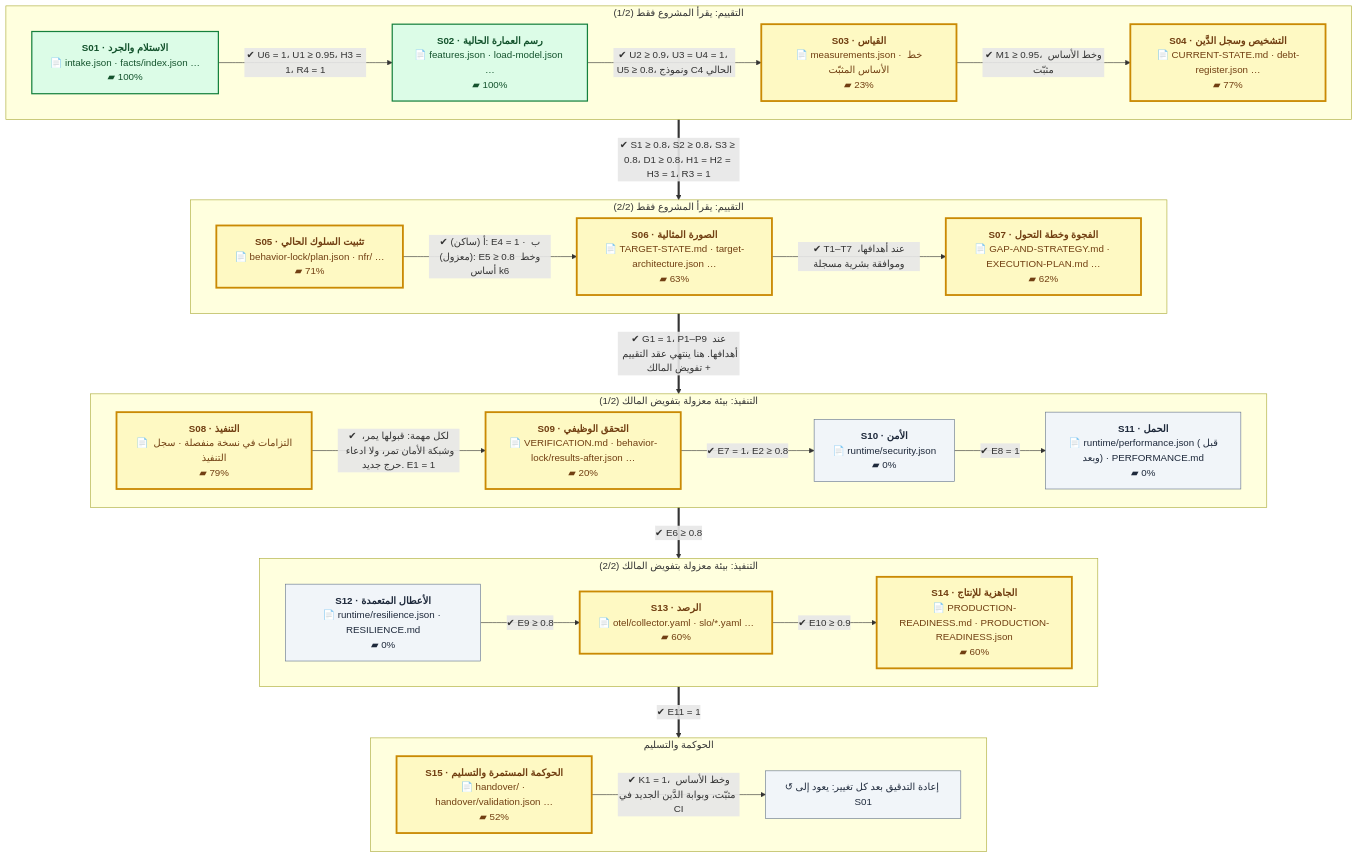
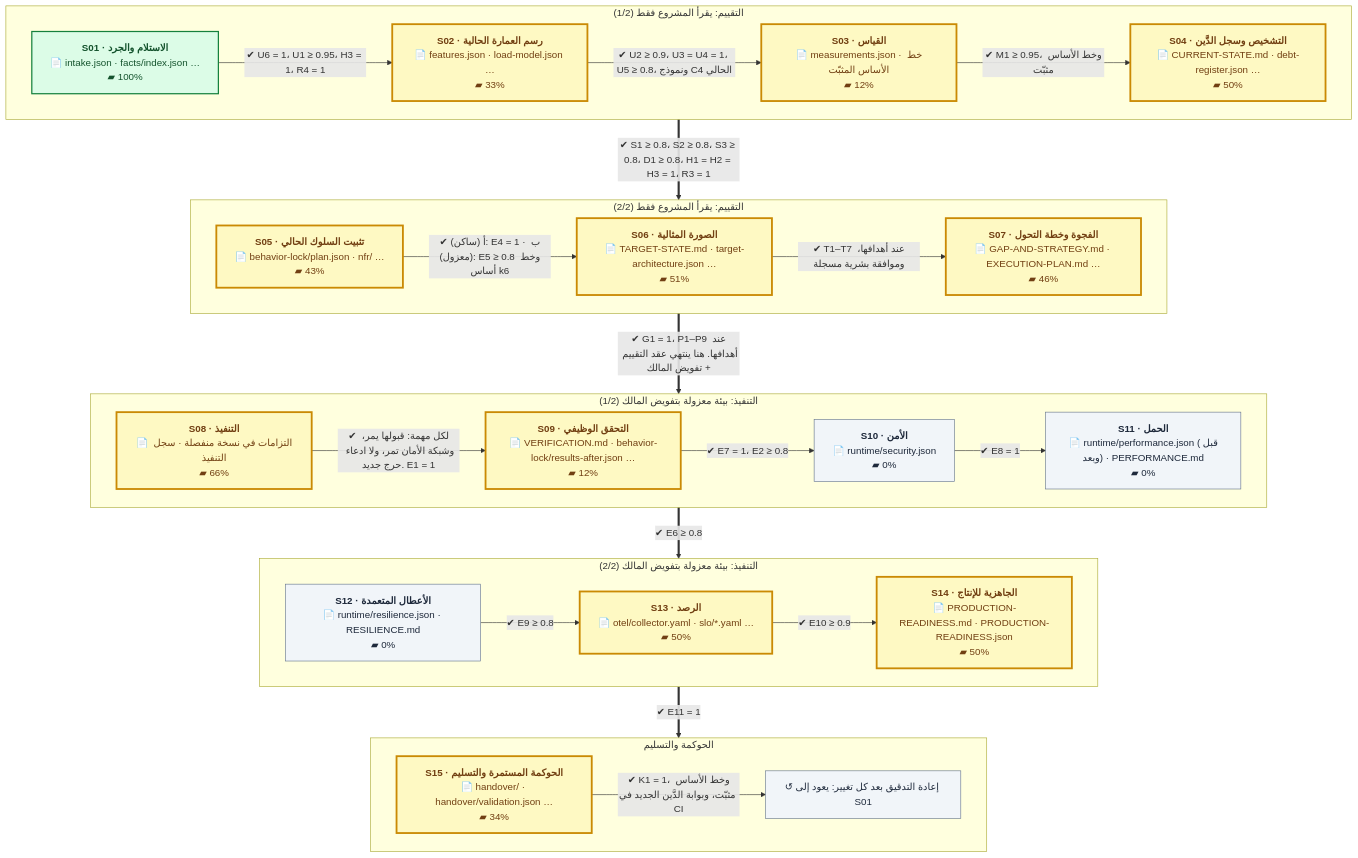
One commit to eom1417/engineering-audit-os changed the first of 2 diagrams in README.md. Above: the diagram before and after it, drawn with Mermaid. The commit also changed other lines of this file and 3 other files, not shown here.

````diff
--- a/README.md
+++ b/README.md
@@ -52,54 +52,54 @@
 ```mermaid
 %%{init: {'flowchart': {'wrappingWidth': 260, 'nodeSpacing': 40, 'rankSpacing': 60}}}%%
 flowchart TB
     subgraph P1["التقييم: يقرأ المشروع فقط (1/2)"]
         direction LR
         S01["<b>S01 · الاستلام والجرد</b><br/>📄 intake.json · facts/index.json …<br/>▰ 100%"]:::done
-        S02["<b>S02 · رسم العمارة الحالية</b><br/>📄 features.json · load-model.json …<br/>▰ 100%"]:::done
-        S03["<b>S03 · القياس</b><br/>📄 measurements.json · خط الأساس المثبّت<br/>▰ 23%"]:::current
-        S04["<b>S04 · التشخيص وسجل الدَّين</b><br/>📄 CURRENT-STATE.md · debt-register.json …<br/>▰ 77%"]:::current
+        S02["<b>S02 · رسم العمارة الحالية</b><br/>📄 features.json · load-model.json …<br/>▰ 33%"]:::current
+        S03["<b>S03 · القياس</b><br/>📄 measurements.json · خط الأساس المثبّت<br/>▰ 12%"]:::current
+        S04["<b>S04 · التشخيص وسجل الدَّين</b><br/>📄 CURRENT-STATE.md · debt-register.json …<br/>▰ 50%"]:::current
         S01 -->|"✔ U6 = 1، U1 ≥ 0.95، H3 = 1، R4 = 1"| S02
         S02 -->|"✔ U2 ≥ 0.9، U3 = U4 = 1، U5 ≥ 0.8، ونموذج C4 الحالي"| S03
         S03 -->|"✔ M1 ≥ 0.95، وخط الأساس مثبّت"| S04
     end
     subgraph P2["التقييم: يقرأ المشروع فقط (2/2)"]
         direction LR
-        S05["<b>S05 · تثبيت السلوك الحالي</b><br/>📄 behavior-lock/plan.json · nfr/ …<br/>▰ 71%"]:::current
-        S06["<b>S06 · الصورة المثالية</b><br/>📄 TARGET-STATE.md · target-architecture.json …<br/>▰ 63%"]:::current
-        S07["<b>S07 · الفجوة وخطة التحول</b><br/>📄 GAP-AND-STRATEGY.md · EXECUTION-PLAN.md …<br/>▰ 62%"]:::current
+        S05["<b>S05 · تثبيت السلوك الحالي</b><br/>📄 behavior-lock/plan.json · nfr/ …<br/>▰ 43%"]:::current
+        S06["<b>S06 · الصورة المثالية</b><br/>📄 TARGET-STATE.md · target-architecture.json …<br/>▰ 51%"]:::current
+        S07["<b>S07 · الفجوة وخطة التحول</b><br/>📄 GAP-AND-STRATEGY.md · EXECUTION-PLAN.md …<br/>▰ 46%"]:::current
         S05 -->|"✔ أ (ساكن): E4 = 1 · ب (معزول): E5 ≥ 0.8 وخط أساس k6"| S06
         S06 -->|"✔ T1–T7 عند أهدافها، وموافقة بشرية مسجلة"| S07
     end
     subgraph P3["التنفيذ: بيئة معزولة بتفويض المالك (1/2)"]
         direction LR
-        S08["<b>S08 · التنفيذ</b><br/>📄 التزامات في نسخة منفصلة · سجل التنفيذ<br/>▰ 79%"]:::current
-        S09["<b>S09 · التحقق الوظيفي</b><br/>📄 VERIFICATION.md · behavior-lock/results-after.json …<br/>▰ 20%"]:::current
+        S08["<b>S08 · التنفيذ</b><br/>📄 التزامات في نسخة منفصلة · سجل التنفيذ<br/>▰ 66%"]:::current
+        S09["<b>S09 · التحقق الوظيفي</b><br/>📄 VERIFICATION.md · behavior-lock/results-after.json …<br/>▰ 12%"]:::current
         S10["<b>S10 · الأمن</b><br/>📄 runtime/security.json<br/>▰ 0%"]:::next
         S11["<b>S11 · الحمل</b><br/>📄 runtime/performance.json (قبل وبعد) · PERFORMANCE.md<br/>▰ 0%"]:::next
         S08 -->|"✔ لكل مهمة: قبولها يمر، وشبكة الأمان تمر، ولا ادعاء حرج جديد. E1 = 1"| S09
         S09 -->|"✔ E7 = 1، E2 ≥ 0.8"| S10
         S10 -->|"✔ E8 = 1"| S11
     end
     subgraph P4["التنفيذ: بيئة معزولة بتفويض المالك (2/2)"]
         direction LR
         S12["<b>S12 · الأعطال المتعمدة</b><br/>📄 runtime/resilience.json · RESILIENCE.md<br/>▰ 0%"]:::next
-        S13["<b>S13 · الرصد</b><br/>📄 otel/collector.yaml · slo/*.yaml …<br/>▰ 60%"]:::current
-        S14["<b>S14 · الجاهزية للإنتاج</b><br/>📄 PRODUCTION-READINESS.md · PRODUCTION-READINESS.json<br/>▰ 60%"]:::current
+        S13["<b>S13 · الرصد</b><br/>📄 otel/collector.yaml · slo/*.yaml …<br/>▰ 50%"]:::current
+        S14["<b>S14 · الجاهزية للإنتاج</b><br/>📄 PRODUCTION-READINESS.md · PRODUCTION-READINESS.json<br/>▰ 50%"]:::current
         S12 -->|"✔ E9 ≥ 0.8"| S13
         S13 -->|"✔ E10 ≥ 0.9"| S14
     end
     subgraph P5["الحوكمة والتسليم"]
         direction LR
-        S15["<b>S15 · الحوكمة المستمرة والتسليم</b><br/>📄 handover/ · handover/validation.json …<br/>▰ 52%"]:::current
+        S15["<b>S15 · الحوكمة المستمرة والتسليم</b><br/>📄 handover/ · handover/validation.json …<br/>▰ 34%"]:::current
         LOOP["↺ إعادة التدقيق بعد كل تغيير: يعود إلى S01"]:::next
         S15 -->|"✔ K1 = 1، وخط الأساس مثبّت، وبوابة الدَّين الجديد في CI"| LOOP
     end
     P1 ==>|"✔ S1 ≥ 0.8، S2 ≥ 0.8، S3 ≥ 0.8، D1 ≥ 0.8، H1 = H2 = H3 = 1، R3 = 1"| P2
     P2 ==>|"✔ G1 = 1، P1–P9 عند أهدافها. هنا ينتهي عقد التقييم + تفويض المالك"| P3
     P3 ==>|"✔ E6 ≥ 0.8"| P4
     P4 ==>|"✔ E11 = 1"| P5
     classDef done fill:#dcfce7,stroke:#15803d,color:#14532d,stroke-width:2px
     classDef current fill:#fef9c3,stroke:#ca8a04,color:#713f12,stroke-width:3px
     classDef next fill:#f1f5f9,stroke:#64748b,color:#1e293b
     classDef owner fill:#fee2e2,stroke:#b91c1c,color:#7f1d1d,stroke-dasharray:5 3
 ```
````
